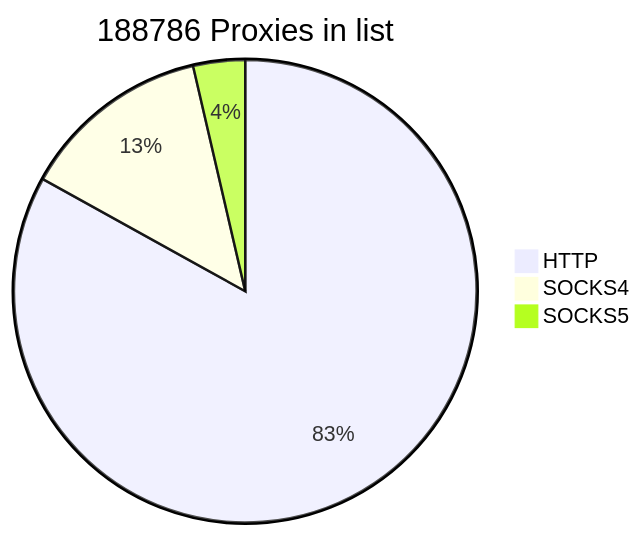
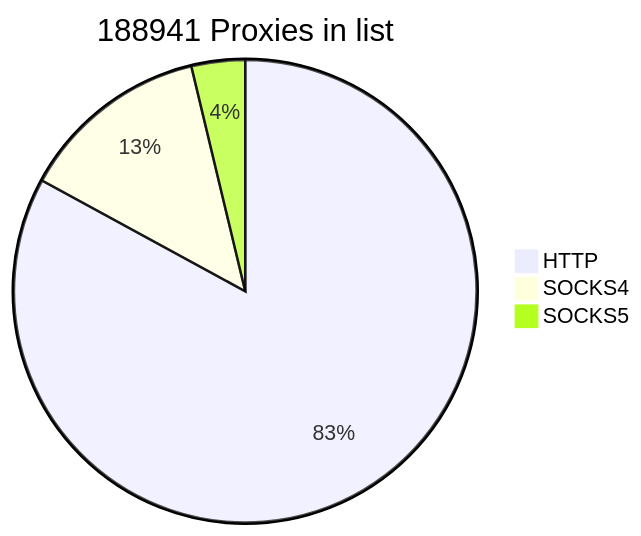
Before and after one commit to cutipu/proxylist: the first of 2 diagrams in README.md, drawn with Mermaid. The commit also changed other lines of this file, not shown here.

````diff
--- a/README.md
+++ b/README.md
@@ -2,7 +2,7 @@
 ```mermaid
-pie title 188786 Proxies in list
-    "HTTP" : 156787
-    "SOCKS4" : 25157
-    "SOCKS5" : 6842
+pie title 188941 Proxies in list
+    "HTTP" : 156709
+    "SOCKS4" : 25158
+    "SOCKS5" : 7074
             
 ```
````
